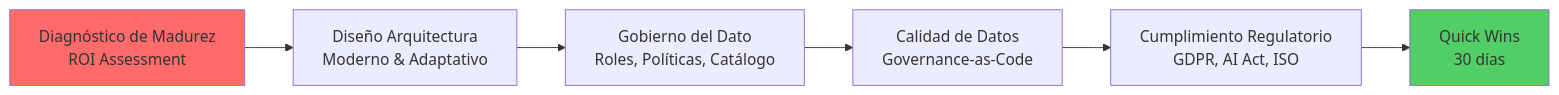
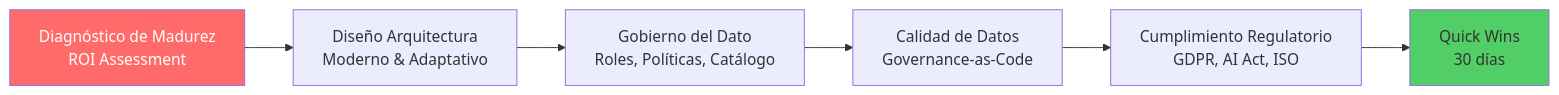
One commit to arielmmdx/offering changed the first of 17 diagrams in readme.md. Above: the diagram before and after it, drawn with Mermaid. The commit also changed other lines of this file, not shown here.

````diff
--- a/readme.md
+++ b/readme.md
@@ -27,11 +27,11 @@
 ```mermaid
 flowchart LR
     A[Diagnóstico de Madurez<br/>ROI Assessment] --> B[Diseño Arquitectura<br/>Moderno & Adaptativo]
     B --> C[Gobierno del Dato<br/>Roles, Políticas, Catálogo]
     C --> D[Calidad de Datos<br/>Governance-as-Code]
     D --> E[Cumplimiento Regulatorio<br/>GDPR, AI Act, ISO]
     E --> F[Quick Wins<br/>30 días]
     
-    style A fill:#ff6b6b
+    style A fill:#ff6b6b,color:#fff
     style F fill:#51cf66
 ```
````
